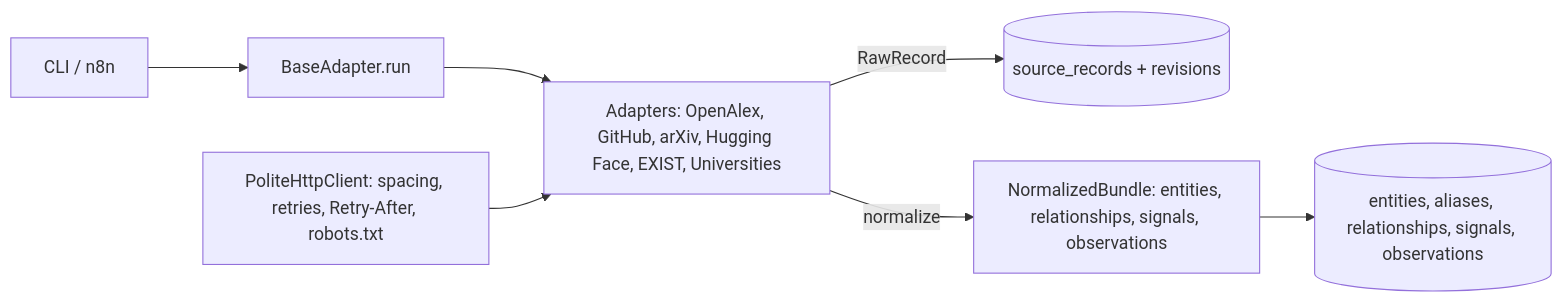
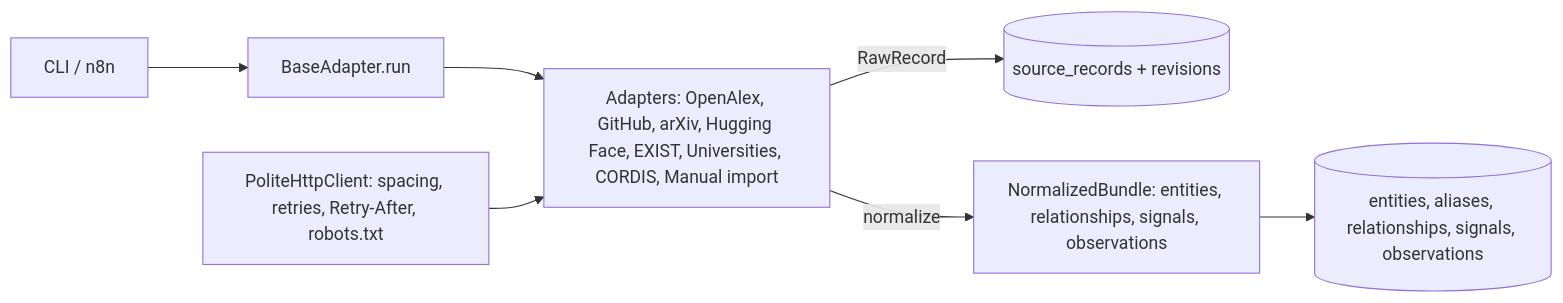
Before and after one commit to ceennkk/StartUp-Finder: the first of 2 diagrams in README.md, drawn with Mermaid. The commit also changed other lines of this file and 12 other files, not shown here.

First line of the commit message:
Add tests for CORDIS and Manual Import adapters with fixtures

````diff
--- a/README.md
+++ b/README.md
@@ -22,9 +38,9 @@
 ```mermaid
 flowchart LR
   CLI[CLI / n8n] --> RUN[BaseAdapter.run]
-  RUN --> A[Adapters: OpenAlex, GitHub, arXiv, Hugging Face, EXIST, Universities]
+  RUN --> A[Adapters: OpenAlex, GitHub, arXiv, Hugging Face, EXIST, Universities, CORDIS, Manual import]
   HTTP[PoliteHttpClient: spacing, retries, Retry-After, robots.txt] --> A
   A -->|RawRecord| STORE1[(source_records + revisions)]
   A -->|normalize| N[NormalizedBundle: entities, relationships, signals, observations]
   N --> STORE2[(entities, aliases, relationships, signals, observations)]
 ```
````
